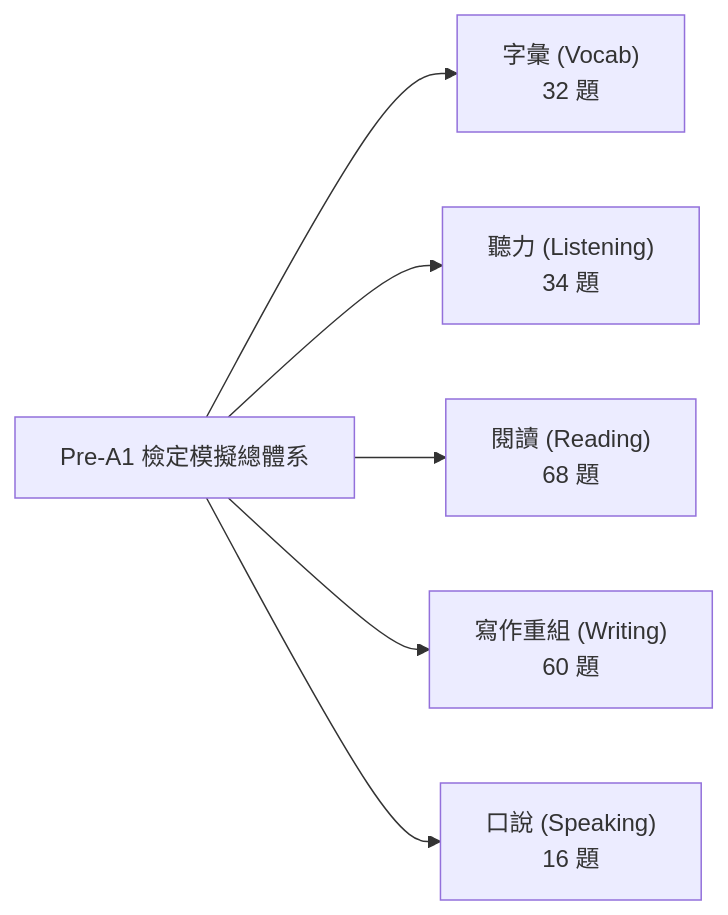
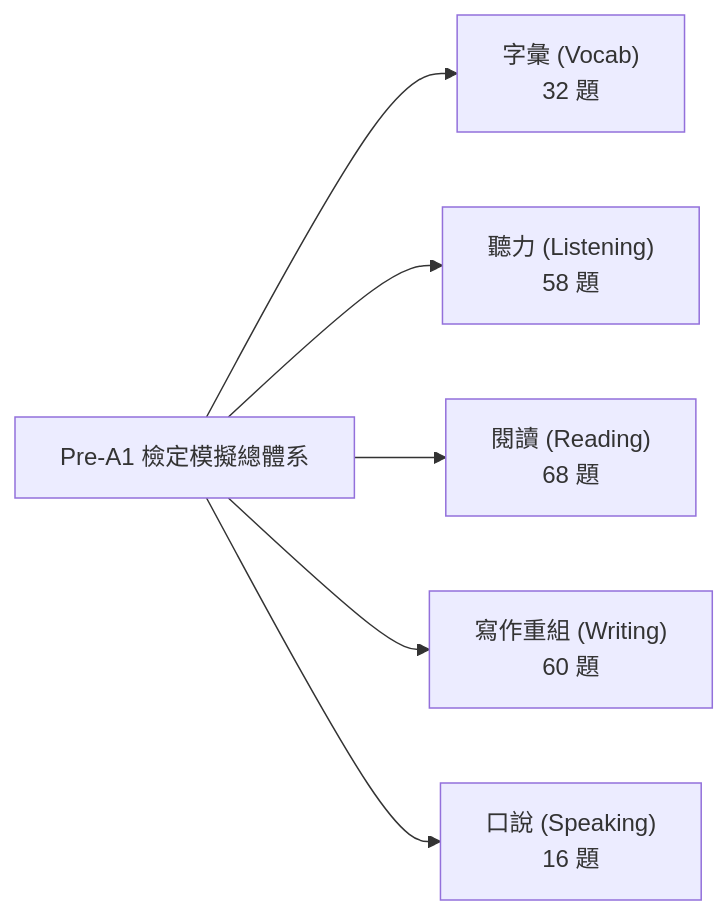
One commit to u864001/wutaivocab changed the diagram in docs/exam/TME_PRE_A1_EXAM_SPEC_AND_GUIDE.md. Above: the diagram before and after it, drawn with Mermaid. The commit also changed other lines of this file and 7 other files, not shown here.

````diff
--- a/docs/exam/TME_PRE_A1_EXAM_SPEC_AND_GUIDE.md
+++ b/docs/exam/TME_PRE_A1_EXAM_SPEC_AND_GUIDE.md
@@ -12,8 +12,8 @@
 ```mermaid
 flowchart LR
     A["Pre-A1 檢定模擬總體系"] --> B["字彙 (Vocab)<br/>32 題"]
-    A --> C["聽力 (Listening)<br/>34 題"]
+    A --> C["聽力 (Listening)<br/>58 題"]
     A --> D["閱讀 (Reading)<br/>68 題"]
     A --> E["寫作重組 (Writing)<br/>60 題"]
     A --> F["口說 (Speaking)<br/>16 題"]
 ```
````
